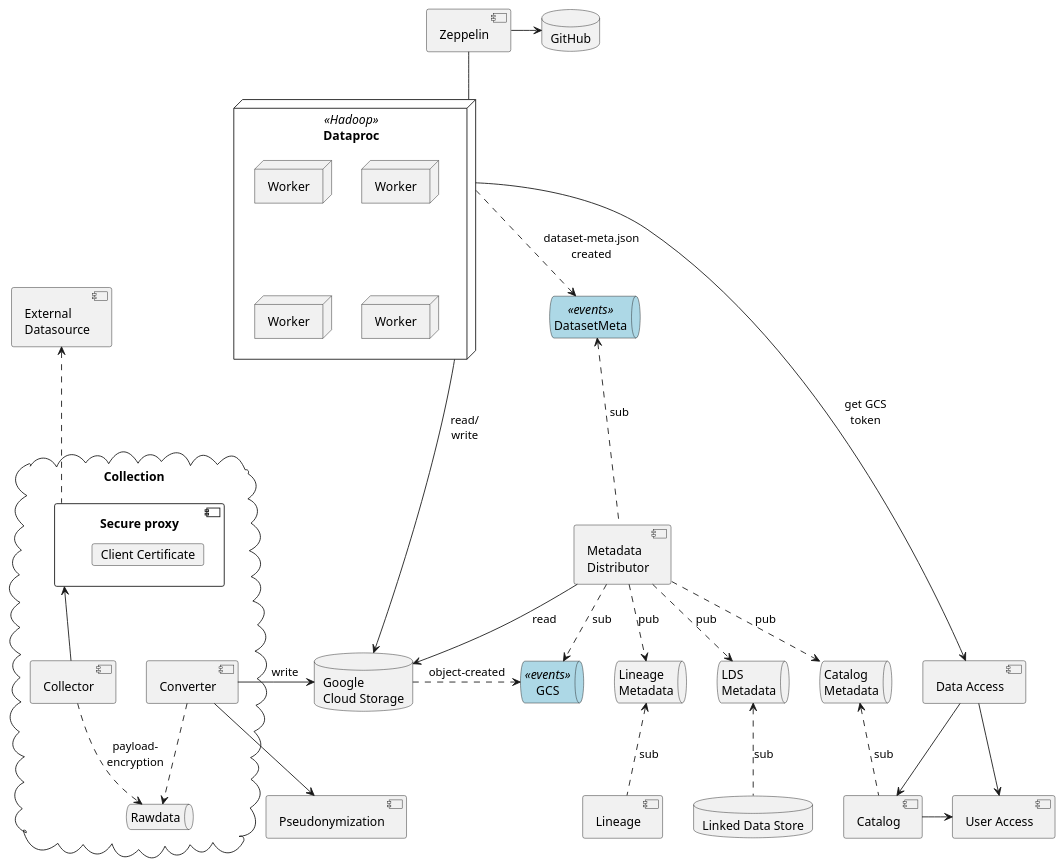
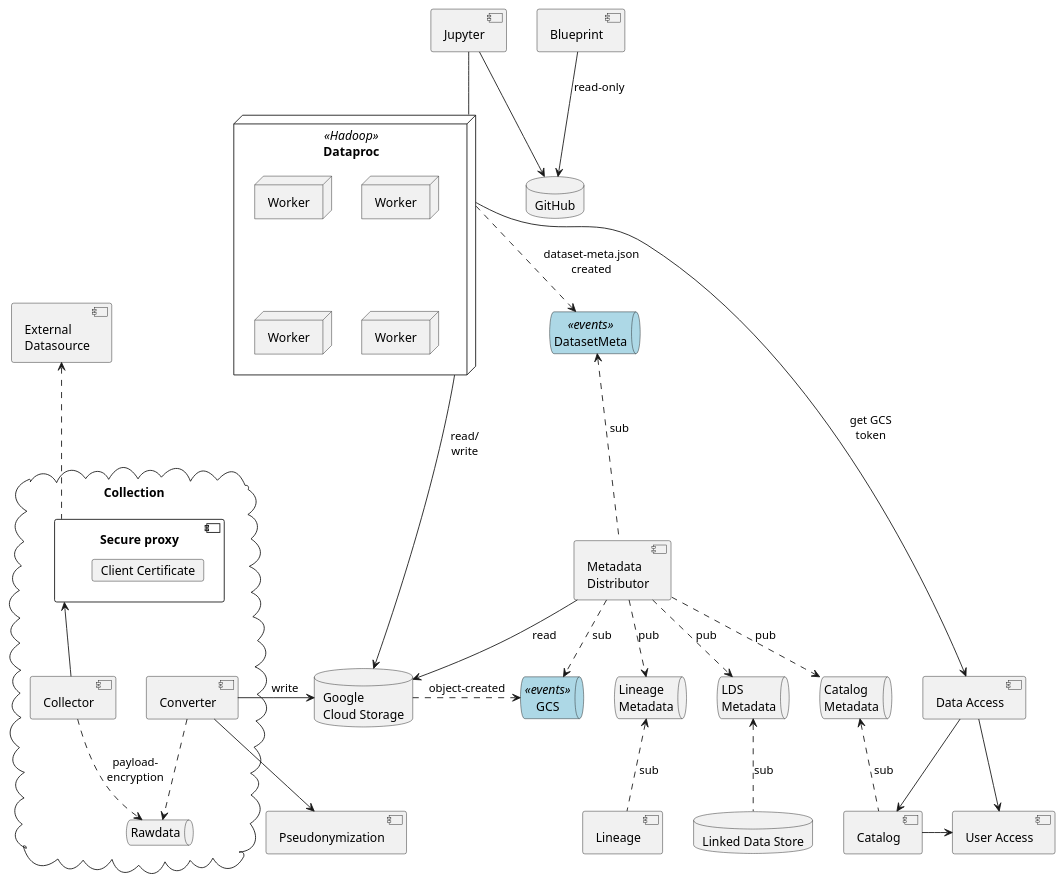
The diagram in doc/components.puml (statisticsnorway/dapla-project), drawn with PlantUML before and after one commit.

Commit message:
Added blueprint and jupyter

```diff
--- a/doc/components.puml
+++ b/doc/components.puml
@@ -1,74 +1,76 @@
 @startuml
 
 skinparam queue {
 	backgroundColor<<events>> LightBlue
 }
 
 component "User Access" as user_access
 component "Catalog" as catalog
 component "Pseudonymization" as pseudo
+component "Blueprint" as blueprint
 component "Lineage" as lineage
 component "Data Access" as data_access
 database "Linked Data Store" as lds {
 }
 database "Google\nCloud Storage" as gcs {
 }
 node "Dataproc" <<Hadoop>> as dataproc {
   node "Worker" as worker1
   node "Worker" as worker2
   node "Worker" as worker3
   node "Worker" as worker4
 }
-component "Zeppelin" as zeppelin
+component "Jupyter" as jupyter
 catalog -> user_access
 data_access --> catalog
 data_access --> user_access
 
 database "GitHub" as github
 
-zeppelin -- dataproc
-zeppelin -> github
+jupyter -- dataproc
+jupyter --> github
+blueprint --> github : read-only
 dataproc ----> gcs : \n\nread/\nwrite
 dataproc ----> data_access : get GCS\ntoken
 
 component "External\nDatasource" as source
 component "Metadata\nDistributor" as distributor
 queue "DatasetMeta" as datasetmetaevents <<events>> {
 }
 queue "GCS" as gcsevents <<events>> {
 }
 queue "Catalog\nMetadata" as catalogQ {
 }
 queue "LDS\nMetadata" as ldsQ {
 }
 queue "Lineage\nMetadata" as lineageQ {
 }
 cloud Collection {
     component "Secure proxy" as sec_proxy {
         card "Client Certificate" as client_cert
     }
     component "Collector" as collector
     queue "Rawdata" as rawdata {
     }
     component "Converter" as converter
     collector -u-> sec_proxy
     collector ..> rawdata : payload-\nencryption
     converter ..> rawdata
     converter -> gcs : "      write"
     converter --> pseudo
 }
 
 distributor --> gcs : read
 distributor ..> lineageQ : pub
 distributor ..> catalogQ : pub
 distributor ..> ldsQ : pub
 gcs .> gcsevents : object-created
 dataproc ..> datasetmetaevents : dataset-meta.json\ncreated
 distributor .> gcsevents : sub
 distributor .u-> datasetmetaevents : sub
 lds .u.> ldsQ : sub
 catalog .u.> catalogQ : sub
 lineage .u.> lineageQ : sub
 sec_proxy .u.> source
 
 @enduml
```
